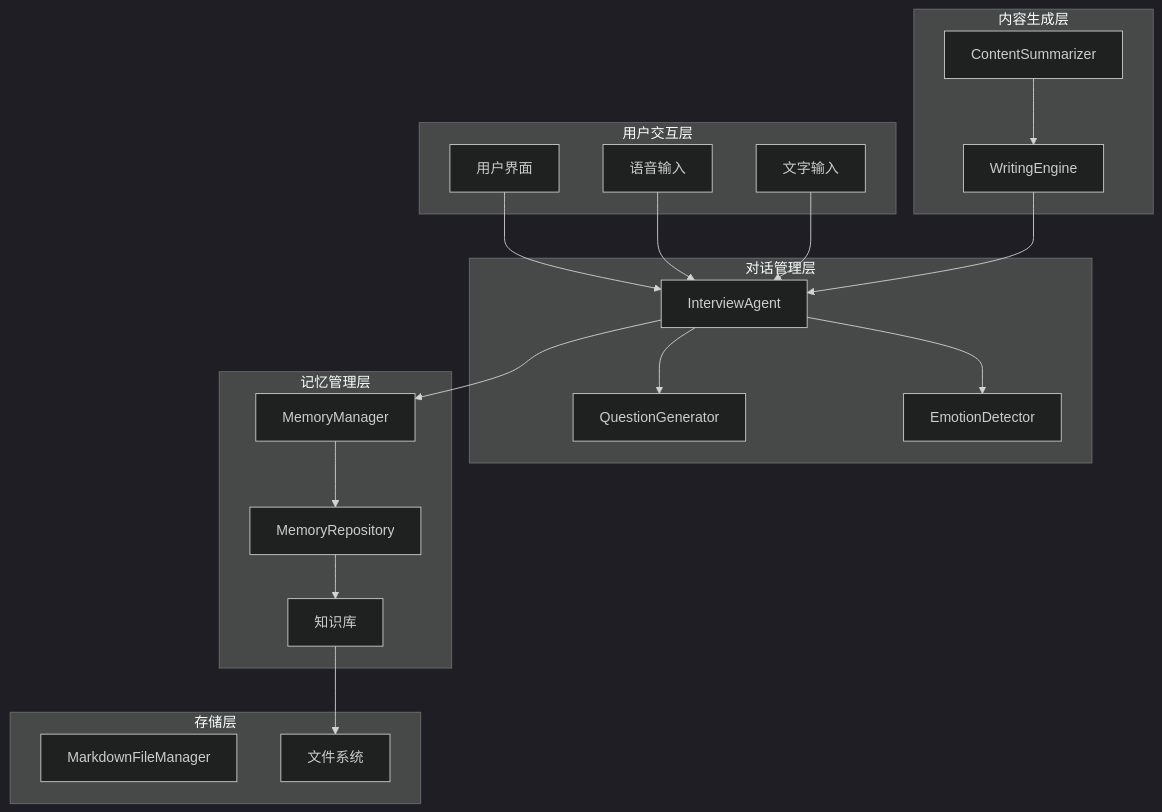
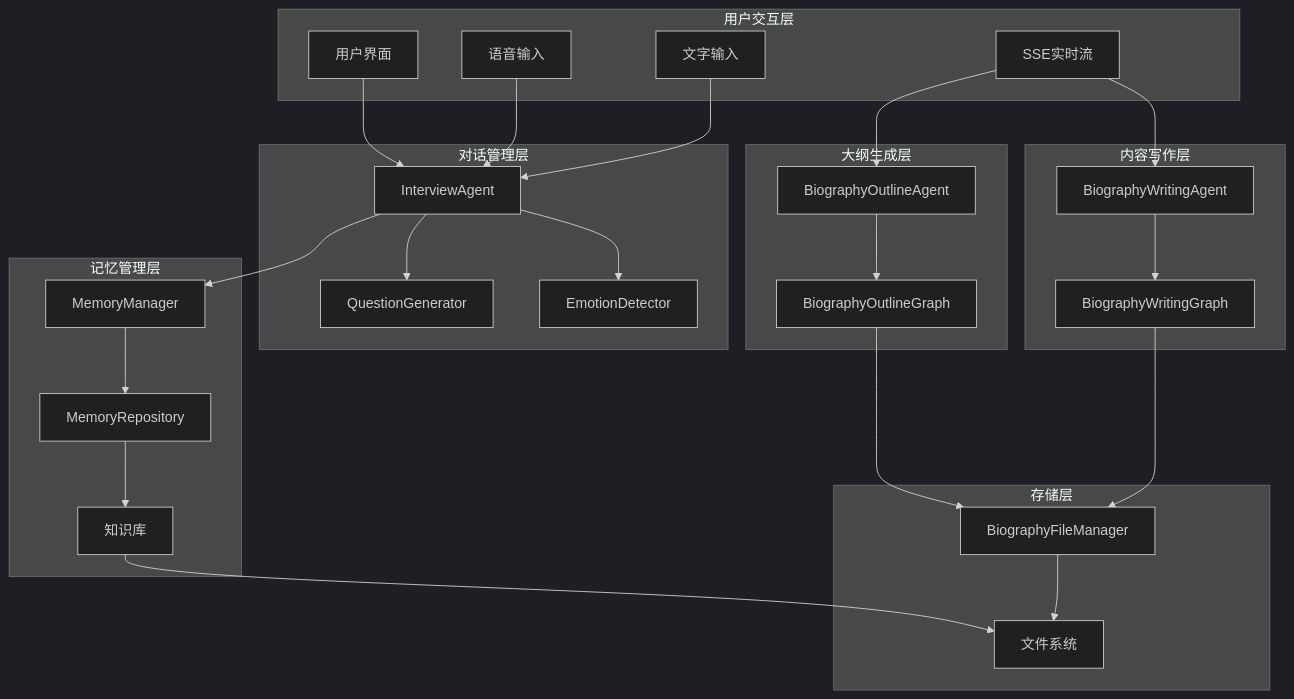
The first of 14 diagrams in .qoder/repowiki/zh/content/自传生成系统.md (WangYiKai1017/zizuan), drawn with Mermaid (dark theme) before and after one commit. The commit also changed other lines of this file and 99 other files, not shown here.

````diff
--- a/.qoder/repowiki/zh/content/自传生成系统.md
+++ b/.qoder/repowiki/zh/content/自传生成系统.md
@@ -49,37 +71,47 @@
 ```mermaid
 graph TB
 subgraph "用户交互层"
 UI[用户界面]
 Voice[语音输入]
 Text[文字输入]
+SSE[SSE实时流]
 end
 subgraph "对话管理层"
 IA[InterviewAgent]
 QA[QuestionGenerator]
 EC[EmotionDetector]
 end
 subgraph "记忆管理层"
 MM[MemoryManager]
 MR[MemoryRepository]
 KB[知识库]
 end
-subgraph "内容生成层"
-CS[ContentSummarizer]
-WR[WritingEngine]
+subgraph "大纲生成层"
+BOA[BiographyOutlineAgent]
+BOL[BiographyOutlineGraph]
+end
+subgraph "内容写作层"
+BWA[BiographyWritingAgent]
+BWG[BiographyWritingGraph]
 end
 subgraph "存储层"
-MF[MarkdownFileManager]
+BFM[BiographyFileManager]
 FS[文件系统]
 end
 UI --> IA
 Voice --> IA
 Text --> IA
+SSE --> BOA
+SSE --> BWA
 IA --> QA
 IA --> EC
 IA --> MM
 MM --> MR
 MR --> KB
 KB --> FS
-CS --> WR
-WR --> IA
+BOA --> BOL
+BWA --> BWG
+BOL --> BFM
+BWG --> BFM
+BFM --> FS
 ```
````
